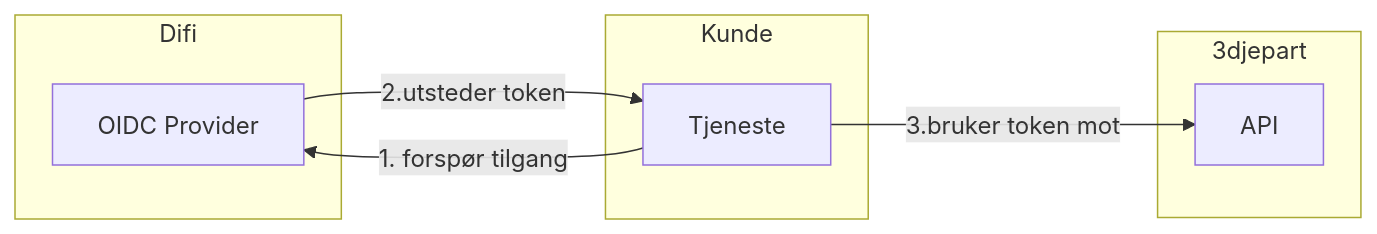
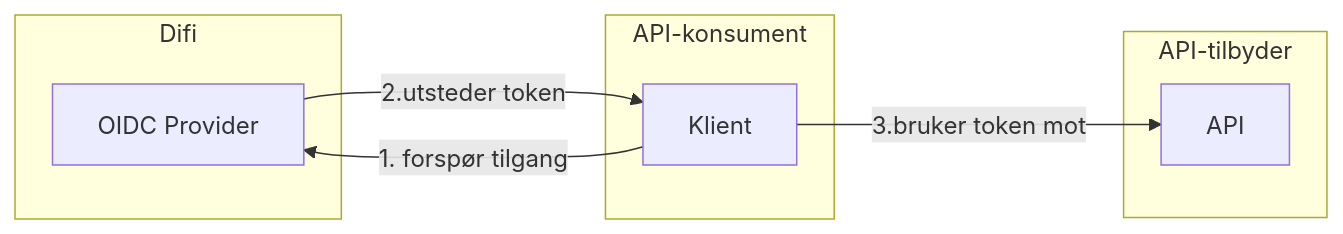
One commit to difi/idporten-oidc-dokumentasjon changed the first of 2 diagrams in pages/oidc/oidc_guide_maskinporten.md. Above: the diagram before and after it, drawn with Mermaid. The commit also changed other lines of this file, not shown here.

```diff
--- a/pages/oidc/oidc_guide_maskinporten.md
+++ b/pages/oidc/oidc_guide_maskinporten.md
@@ -19,15 +19,15 @@
 <div class="mermaid">
 graph LR
-  subgraph 3djepart
+  subgraph API-tilbyder
     API
   end
   subgraph Difi
     OIDC[OIDC Provider]
   end
-  subgraph Kunde
-     ny[Tjeneste]
+  subgraph API-konsument
+     ny[Klient]
   end
   OIDC -->|2.utsteder token|ny
   ny -->|1. forspør tilgang|OIDC
   ny -->|3.bruker token mot|API
 </div>
```
